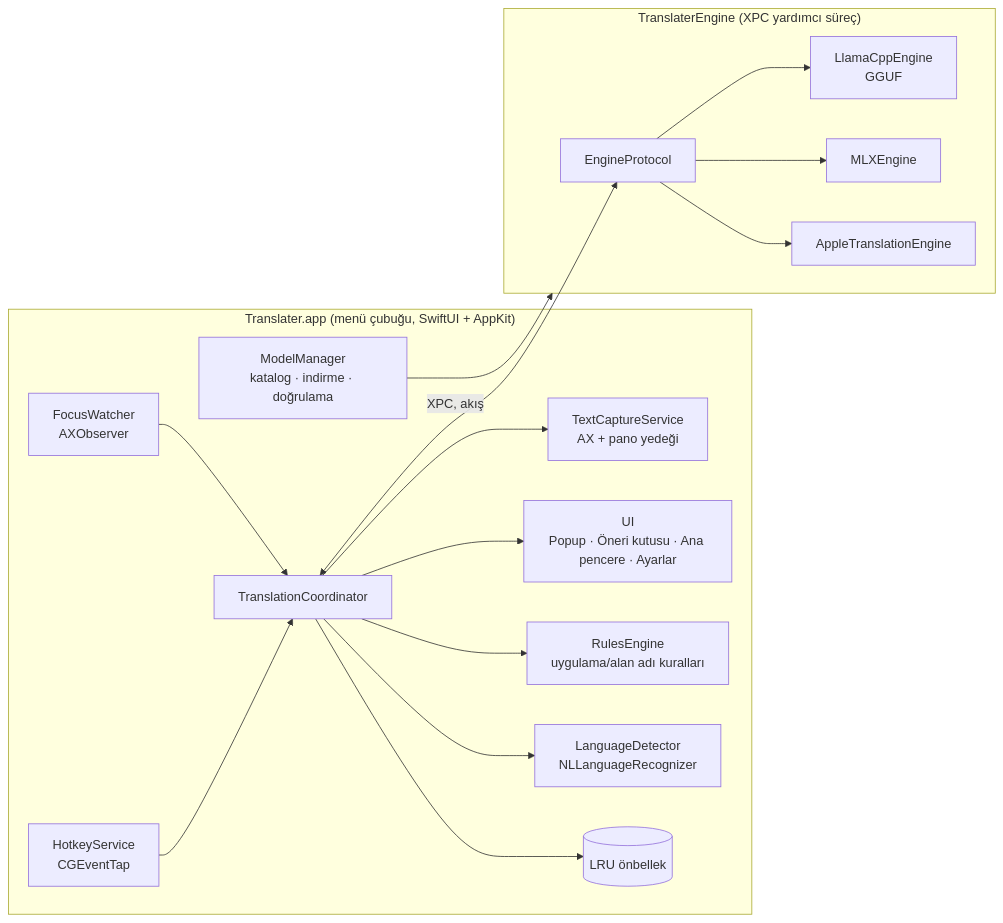
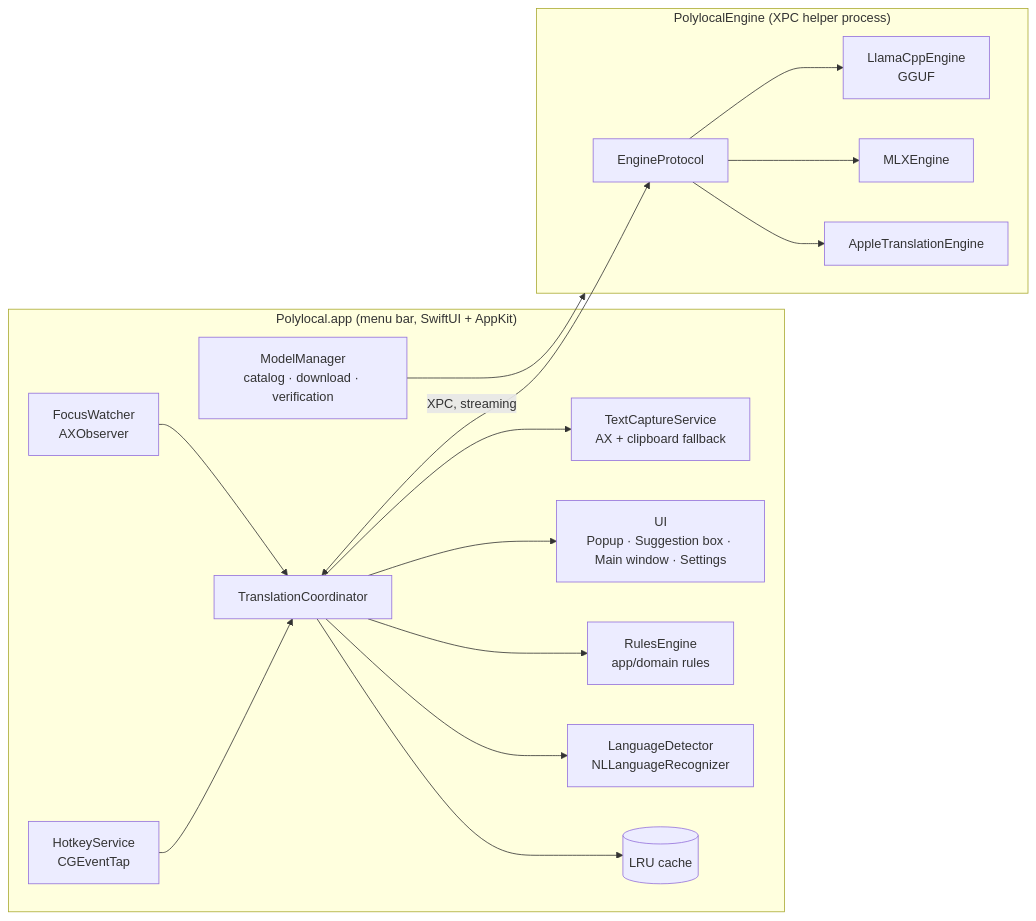
The diagram in docs/ARCHITECTURE.md (ardasnturk/polylocal), drawn with Mermaid before and after one commit. The commit also changed other lines of this file and 83 other files, not shown here.

First line of the commit message:
Yayın hazırlığı: Polylocal adı, MIT lisansı, gömülü llama-server, DMG

````diff
--- a/docs/ARCHITECTURE.md
+++ b/docs/ARCHITECTURE.md
@@ -68,32 +76,32 @@
 ```mermaid
 flowchart LR
-  subgraph App["Translater.app (menü çubuğu, SwiftUI + AppKit)"]
+  subgraph App["Polylocal.app (menu bar, SwiftUI + AppKit)"]
     HK[HotkeyService<br/>CGEventTap]
-    TC[TextCaptureService<br/>AX + pano yedeği]
+    TC[TextCaptureService<br/>AX + clipboard fallback]
     FW[FocusWatcher<br/>AXObserver]
     ORC[TranslationCoordinator]
-    UI[UI<br/>Popup · Öneri kutusu · Ana pencere · Ayarlar]
-    RULES[RulesEngine<br/>uygulama/alan adı kuralları]
+    UI[UI<br/>Popup · Suggestion box · Main window · Settings]
+    RULES[RulesEngine<br/>app/domain rules]
     LD[LanguageDetector<br/>NLLanguageRecognizer]
-    CACHE[(LRU önbellek)]
-    MM[ModelManager<br/>katalog · indirme · doğrulama]
+    CACHE[(LRU cache)]
+    MM[ModelManager<br/>catalog · download · verification]
   end
 
-  subgraph Helper["TranslaterEngine (XPC yardımcı süreç)"]
+  subgraph Helper["PolylocalEngine (XPC helper process)"]
     EP[EngineProtocol]
     LC[LlamaCppEngine<br/>GGUF]
     MLX[MLXEngine]
     AT[AppleTranslationEngine]
   end
 
   HK --> ORC
   FW --> ORC
   ORC --> TC
   ORC --> LD
   ORC --> RULES
   ORC --> CACHE
-  ORC <-->|XPC, akış| EP
+  ORC <-->|XPC, streaming| EP
   EP --> LC & MLX & AT
   ORC --> UI
   MM --> Helper
 ```
````
